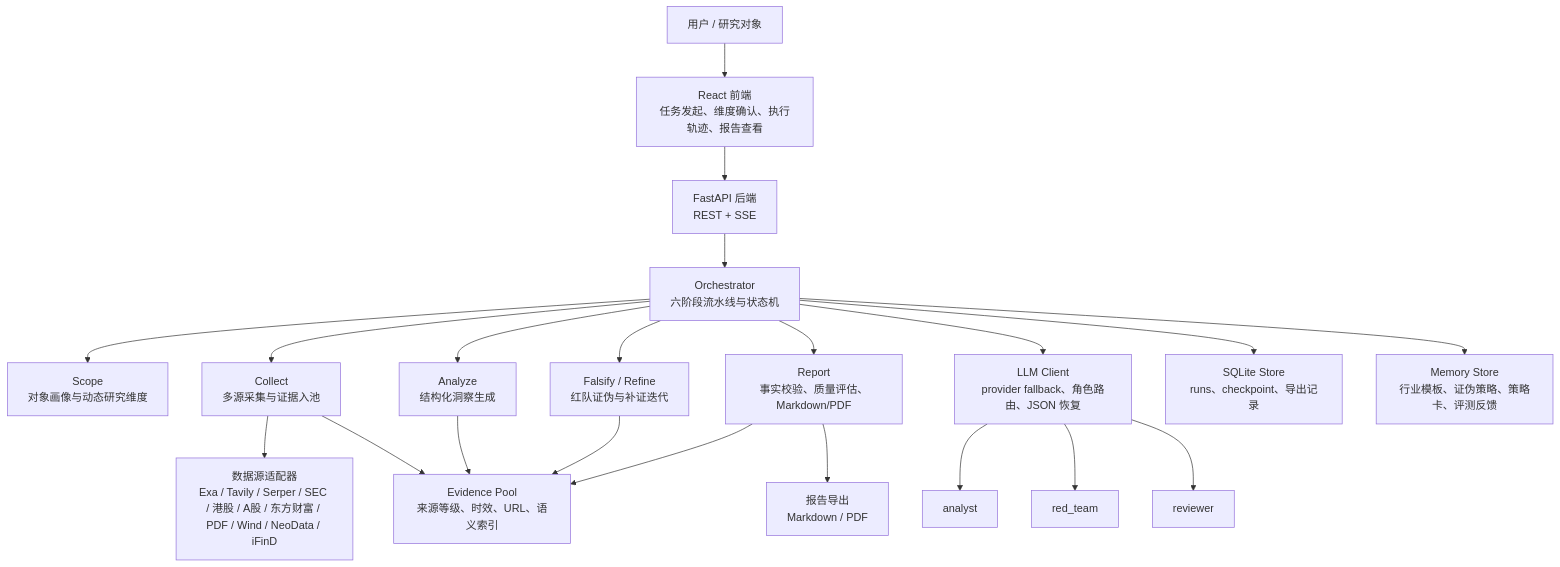
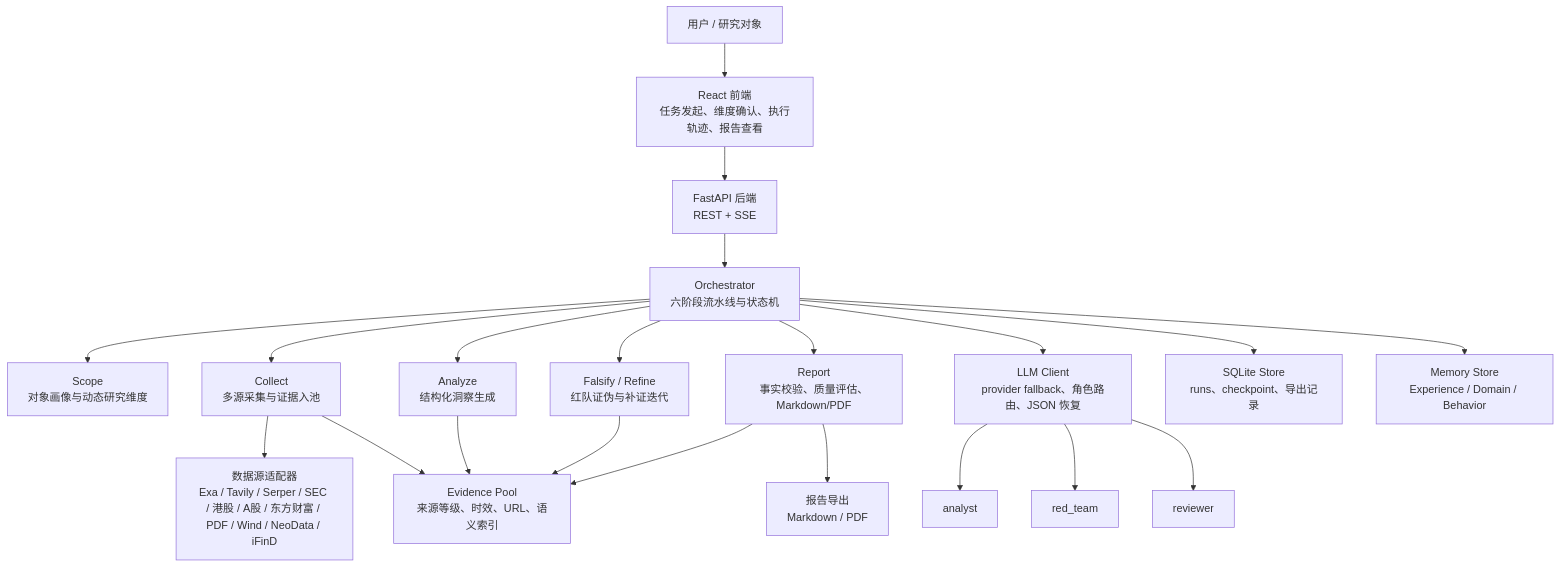
Before and after one commit to Rangooo/biz-analyst-agent: the first of 2 diagrams in README.md, drawn with Mermaid. The commit also changed other lines of this file and 11 other files, not shown here.

````diff
--- a/README.md
+++ b/README.md
@@ -51,27 +52,27 @@
 ```mermaid
 flowchart TB
     User["用户 / 研究对象"] --> UI["React 前端<br/>任务发起、维度确认、执行轨迹、报告查看"]
     UI --> API["FastAPI 后端<br/>REST + SSE"]
     API --> Orch["Orchestrator<br/>六阶段流水线与状态机"]
 
     Orch --> Scope["Scope<br/>对象画像与动态研究维度"]
     Orch --> Collect["Collect<br/>多源采集与证据入池"]
     Orch --> Analyze["Analyze<br/>结构化洞察生成"]
     Orch --> Falsify["Falsify / Refine<br/>红队证伪与补证迭代"]
     Orch --> Report["Report<br/>事实校验、质量评估、Markdown/PDF"]
 
     Collect --> Sources["数据源适配器<br/>Exa / Tavily / Serper / SEC / 港股 / A股 / 东方财富 / PDF / Wind / NeoData / iFinD"]
     Collect --> Evidence["Evidence Pool<br/>来源等级、时效、URL、语义索引"]
     Analyze --> Evidence
     Falsify --> Evidence
     Report --> Evidence
 
     Orch --> LLM["LLM Client<br/>provider fallback、角色路由、JSON 恢复"]
     LLM --> Analyst["analyst"]
     LLM --> RedTeam["red_team"]
     LLM --> Reviewer["reviewer"]
 
     Orch --> Store["SQLite Store<br/>runs、checkpoint、导出记录"]
-    Orch --> Memory["Memory Store<br/>行业模板、证伪策略、策略卡、评测反馈"]
+    Orch --> Memory["Memory Store<br/>Experience / Domain / Behavior"]
     Report --> Export["报告导出<br/>Markdown / PDF"]
 ```
````
